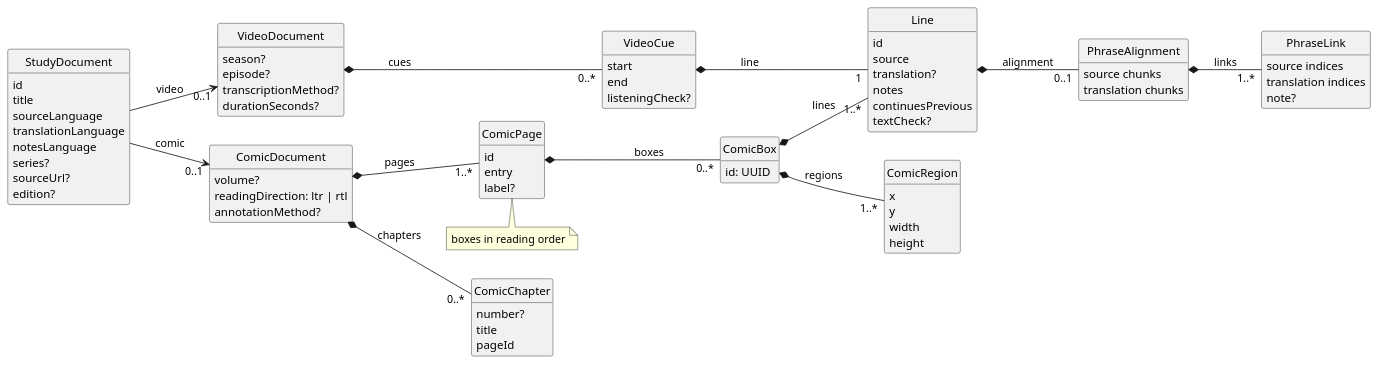
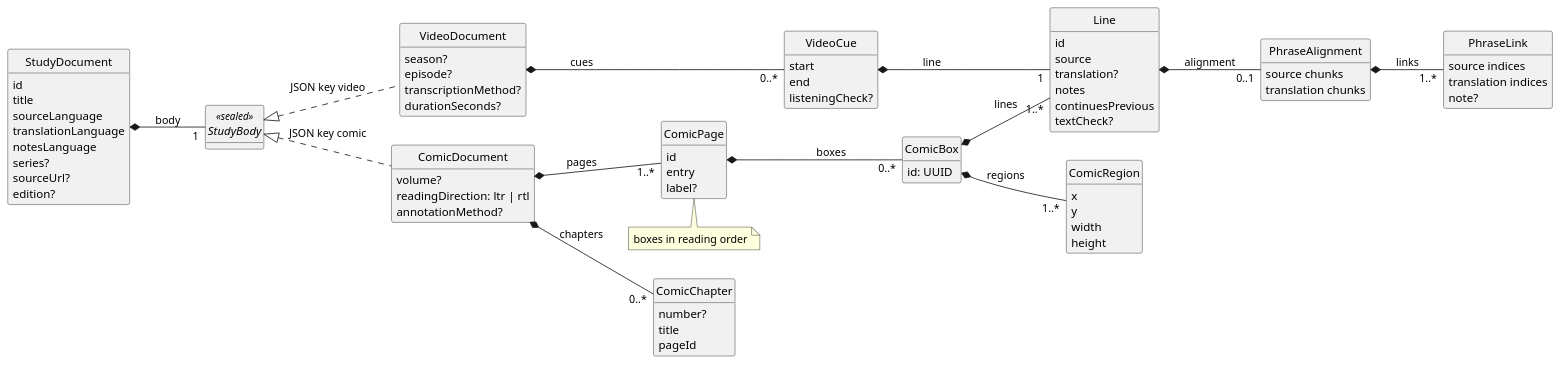
Before and after one commit to parkie213/petites-roues: the diagram in docs/diagrams/document-model.puml, drawn with PlantUML. The commit also changed 25 other files, not shown here.

First line of the commit message:
Make the study document body a sealed type

```diff
--- a/docs/diagrams/document-model.puml
+++ b/docs/diagrams/document-model.puml
@@ -1,84 +1,87 @@
 @startuml
 hide methods
 hide circle
 skinparam shadowing false
 skinparam classAttributeIconSize 0
 skinparam defaultFontName sans-serif
 left to right direction
 
 class StudyDocument {
   id
   title
   sourceLanguage
   translationLanguage
   notesLanguage
   series?
   sourceUrl?
   edition?
 }
+interface StudyBody <<sealed>>
+
 class VideoDocument {
   season?
   episode?
   transcriptionMethod?
   durationSeconds?
 }
 class VideoCue {
   start
   end
   listeningCheck?
 }
 class ComicDocument {
   volume?
   readingDirection: ltr | rtl
   annotationMethod?
 }
 class ComicPage {
   id
   entry
   label?
 }
 note bottom of ComicPage : boxes in reading order
 class ComicChapter {
   number?
   title
   pageId
 }
 class ComicBox {
   id: UUID
 }
 class ComicRegion {
   x
   y
   width
   height
 }
 class Line {
   id
   source
   translation?
   notes
   continuesPrevious
   textCheck?
 }
 class PhraseAlignment {
   source chunks
   translation chunks
 }
 class PhraseLink {
   source indices
   translation indices
   note?
 }
 
-StudyDocument --> "0..1" VideoDocument : video
-StudyDocument --> "0..1" ComicDocument : comic
+StudyDocument *-- "1" StudyBody : body
+StudyBody <|.. VideoDocument : "JSON key video"
+StudyBody <|.. ComicDocument : "JSON key comic"
 VideoDocument *-- "0..*" VideoCue : cues
 VideoCue *-- "1" Line : line
 ComicDocument *-- "1..*" ComicPage : pages
 ComicDocument *-- "0..*" ComicChapter : chapters
 ComicPage *-- "0..*" ComicBox : boxes
 ComicBox *-- "1..*" ComicRegion : regions
 ComicBox *-- "1..*" Line : lines
 Line *-- "0..1" PhraseAlignment : alignment
 PhraseAlignment *-- "1..*" PhraseLink : links
 @enduml
```
